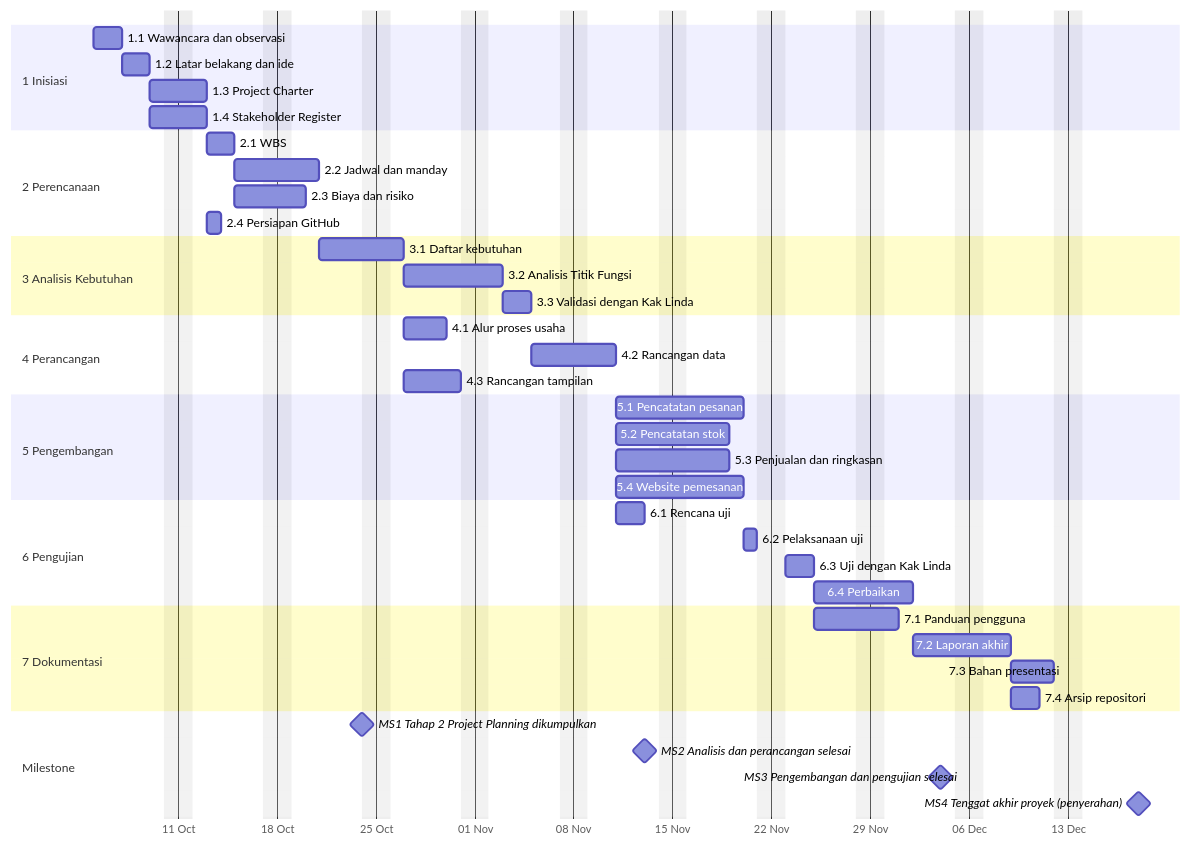
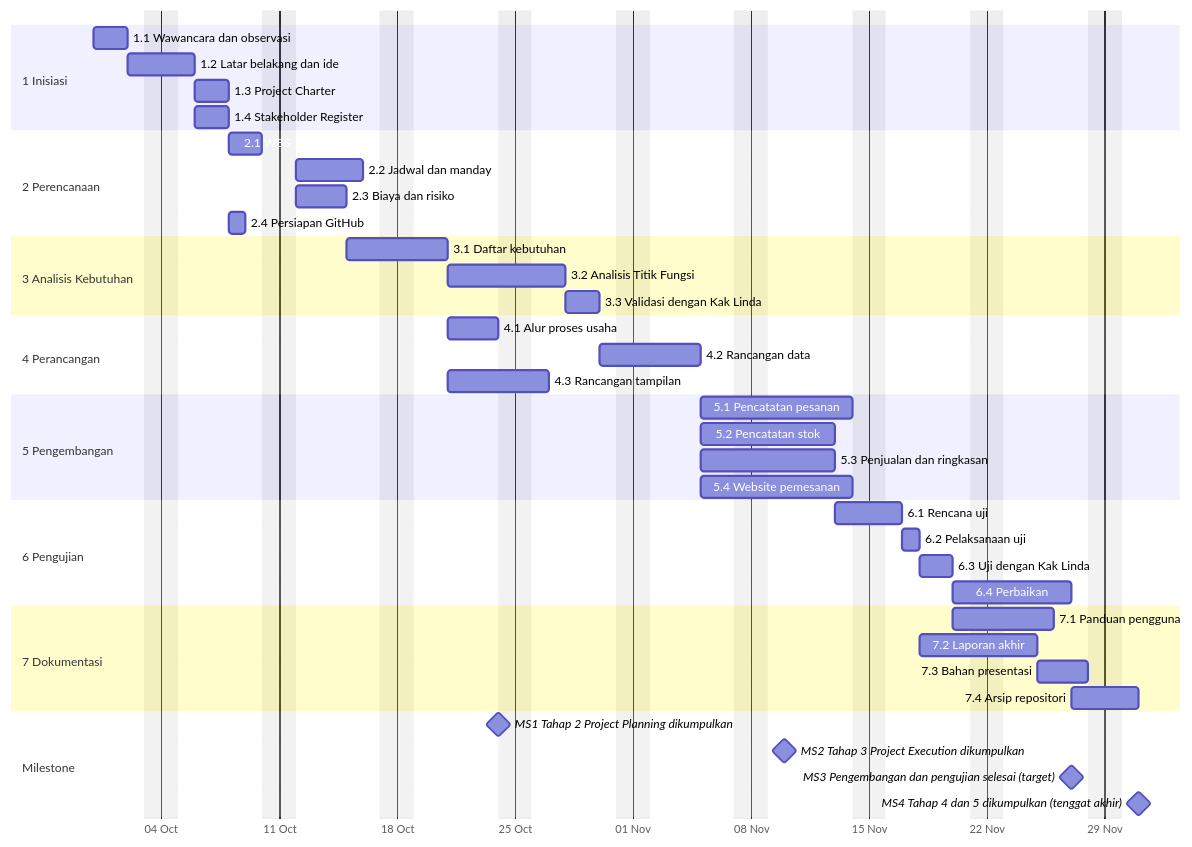
Before and after one commit to MPPL01022026/Kelompok-12: the diagram in docs/tahap-2-project-planning/jadwal-gantt.md, drawn with Mermaid. The commit also changed other lines of this file and 16 other files, not shown here.

````diff
--- a/docs/tahap-2-project-planning/jadwal-gantt.md
+++ b/docs/tahap-2-project-planning/jadwal-gantt.md
@@ -11,44 +11,44 @@
 ```mermaid
 gantt
     dateFormat YYYY-MM-DD
     axisFormat %d %b
     excludes weekends
     section 1 Inisiasi
-    1.1 Wawancara dan observasi :t1_1, 2026-10-05, 2d
-    1.2 Latar belakang dan ide :t1_2, 2026-10-07, 2d
-    1.3 Project Charter :t1_3, 2026-10-09, 2d
-    1.4 Stakeholder Register :t1_4, 2026-10-09, 2d
+    1.1 Wawancara dan observasi :t1_1, 2026-09-30, 2d
+    1.2 Latar belakang dan ide :t1_2, 2026-10-02, 2d
+    1.3 Project Charter :t1_3, 2026-10-06, 2d
+    1.4 Stakeholder Register :t1_4, 2026-10-06, 2d
     section 2 Perencanaan
-    2.1 WBS :t2_1, 2026-10-13, 2d
-    2.2 Jadwal dan manday :t2_2, 2026-10-15, 4d
-    2.3 Biaya dan risiko :t2_3, 2026-10-15, 3d
-    2.4 Persiapan GitHub :t2_4, 2026-10-13, 1d
+    2.1 WBS :t2_1, 2026-10-08, 2d
+    2.2 Jadwal dan manday :t2_2, 2026-10-12, 4d
+    2.3 Biaya dan risiko :t2_3, 2026-10-12, 3d
+    2.4 Persiapan GitHub :t2_4, 2026-10-08, 1d
     section 3 Analisis Kebutuhan
-    3.1 Daftar kebutuhan :t3_1, 2026-10-21, 4d
-    3.2 Analisis Titik Fungsi :t3_2, 2026-10-27, 5d
-    3.3 Validasi dengan Kak Linda :t3_3, 2026-11-03, 2d
+    3.1 Daftar kebutuhan :t3_1, 2026-10-15, 4d
+    3.2 Analisis Titik Fungsi :t3_2, 2026-10-21, 5d
+    3.3 Validasi dengan Kak Linda :t3_3, 2026-10-28, 2d
     section 4 Perancangan
-    4.1 Alur proses usaha :t4_1, 2026-10-27, 3d
-    4.2 Rancangan data :t4_2, 2026-11-05, 4d
-    4.3 Rancangan tampilan :t4_3, 2026-10-27, 4d
+    4.1 Alur proses usaha :t4_1, 2026-10-21, 3d
+    4.2 Rancangan data :t4_2, 2026-10-30, 4d
+    4.3 Rancangan tampilan :t4_3, 2026-10-21, 4d
     section 5 Pengembangan
-    5.1 Pencatatan pesanan :t5_1, 2026-11-11, 7d
-    5.2 Pencatatan stok :t5_2, 2026-11-11, 6d
-    5.3 Penjualan dan ringkasan :t5_3, 2026-11-11, 6d
-    5.4 Website pemesanan :t5_4, 2026-11-11, 7d
+    5.1 Pencatatan pesanan :t5_1, 2026-11-05, 7d
+    5.2 Pencatatan stok :t5_2, 2026-11-05, 6d
+    5.3 Penjualan dan ringkasan :t5_3, 2026-11-05, 6d
+    5.4 Website pemesanan :t5_4, 2026-11-05, 7d
     section 6 Pengujian
-    6.1 Rencana uji :t6_1, 2026-11-11, 2d
-    6.2 Pelaksanaan uji :t6_2, 2026-11-20, 1d
-    6.3 Uji dengan Kak Linda :t6_3, 2026-11-23, 2d
-    6.4 Perbaikan :t6_4, 2026-11-25, 5d
+    6.1 Rencana uji :t6_1, 2026-11-13, 2d
+    6.2 Pelaksanaan uji :t6_2, 2026-11-17, 1d
+    6.3 Uji dengan Kak Linda :t6_3, 2026-11-18, 2d
+    6.4 Perbaikan :t6_4, 2026-11-20, 5d
     section 7 Dokumentasi
-    7.1 Panduan pengguna :t7_1, 2026-11-25, 4d
-    7.2 Laporan akhir :t7_2, 2026-12-02, 5d
-    7.3 Bahan presentasi :t7_3, 2026-12-09, 3d
-    7.4 Arsip repositori :t7_4, 2026-12-09, 2d
+    7.1 Panduan pengguna :t7_1, 2026-11-20, 4d
+    7.2 Laporan akhir :t7_2, 2026-11-18, 5d
+    7.3 Bahan presentasi :t7_3, 2026-11-25, 3d
+    7.4 Arsip repositori :t7_4, 2026-11-27, 2d
     section Milestone
     MS1 Tahap 2 Project Planning dikumpulkan :milestone, ms1, 2026-10-24, 0d
-    MS2 Analisis dan perancangan selesai :milestone, ms2, 2026-11-13, 0d
-    MS3 Pengembangan dan pengujian selesai :milestone, ms3, 2026-12-04, 0d
-    MS4 Tenggat akhir proyek (penyerahan) :milestone, ms4, 2026-12-18, 0d
+    MS2 Tahap 3 Project Execution dikumpulkan :milestone, ms2, 2026-11-10, 0d
+    MS3 Pengembangan dan pengujian selesai (target) :milestone, ms3, 2026-11-27, 0d
+    MS4 Tahap 4 dan 5 dikumpulkan (tenggat akhir) :milestone, ms4, 2026-12-01, 0d
 ```
````
